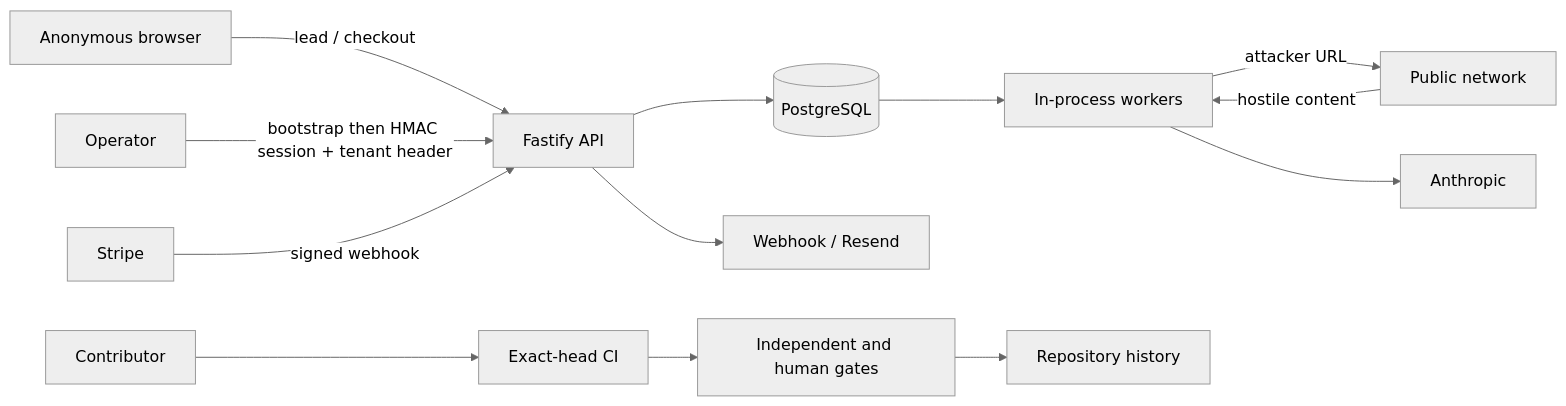
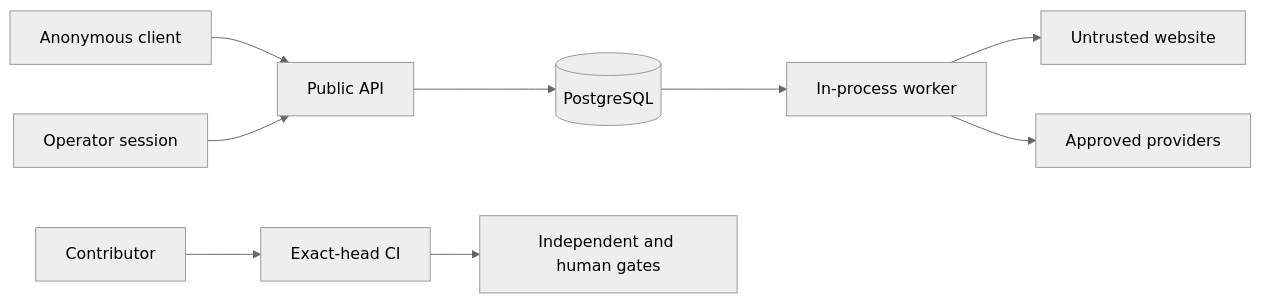
Before and after one commit to DarksiedCEO/zbestmedia: the diagram in docs/security/p1-a/threat-model.md, drawn with Mermaid (neutral theme). The commit also changed other lines of this file and 8 other files, not shown here.

````diff
--- a/docs/security/p1-a/threat-model.md
+++ b/docs/security/p1-a/threat-model.md
@@ -11,15 +13,11 @@
 ```mermaid
 flowchart LR
-  A[Anonymous browser] -->|lead / checkout| API[Fastify API]
-  O[Operator] -->|bootstrap then HMAC session + tenant header| API
+  A[Anonymous client] --> API[Public API]
+  O[Operator session] --> API
   API --> DB[(PostgreSQL)]
-  DB --> W[In-process workers]
-  W -->|attacker URL| NET[Public network]
-  NET -->|hostile content| W
-  W --> AI[Anthropic]
-  API --> N[Webhook / Resend]
-  S[Stripe] -->|signed webhook| API
+  DB --> W[In-process worker]
+  W --> NET[Untrusted website]
+  W --> P[Approved providers]
   C[Contributor] --> CI[Exact-head CI]
-  CI --> H[Independent and human gates]
-  H --> R[Repository history]
+  CI --> G[Independent and human gates]
 ```
````
